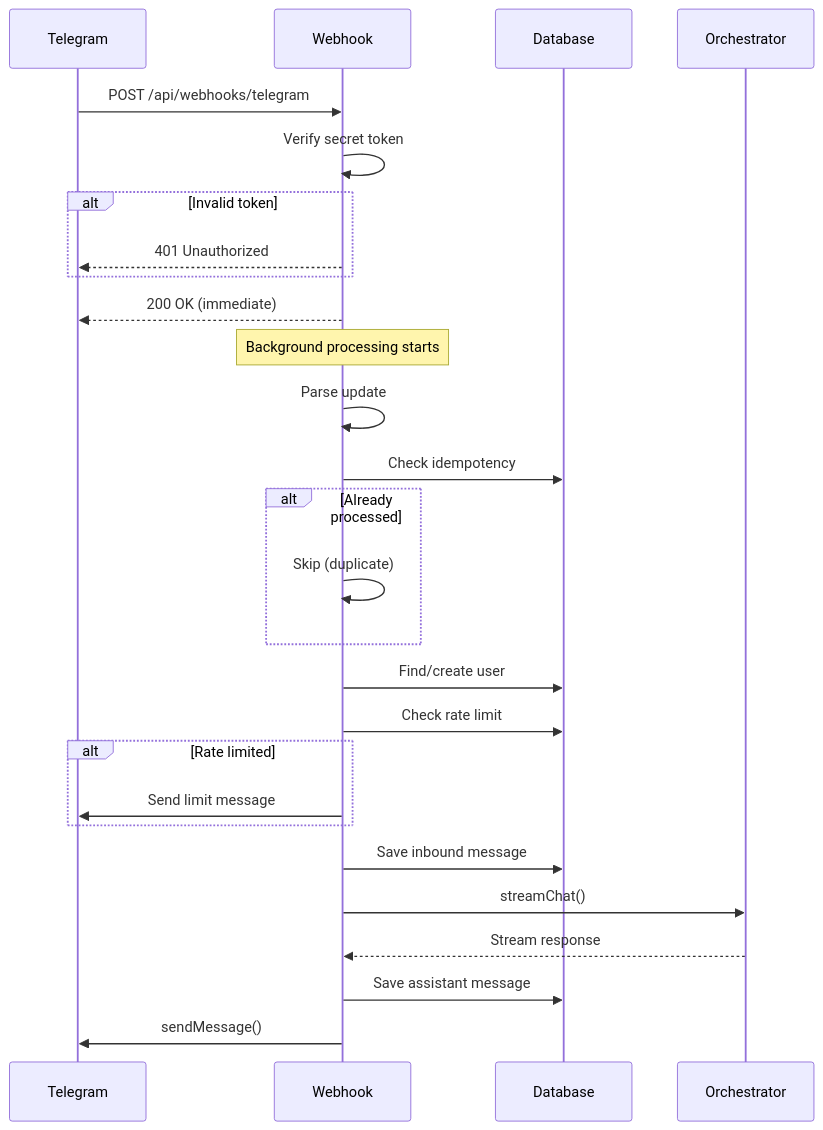
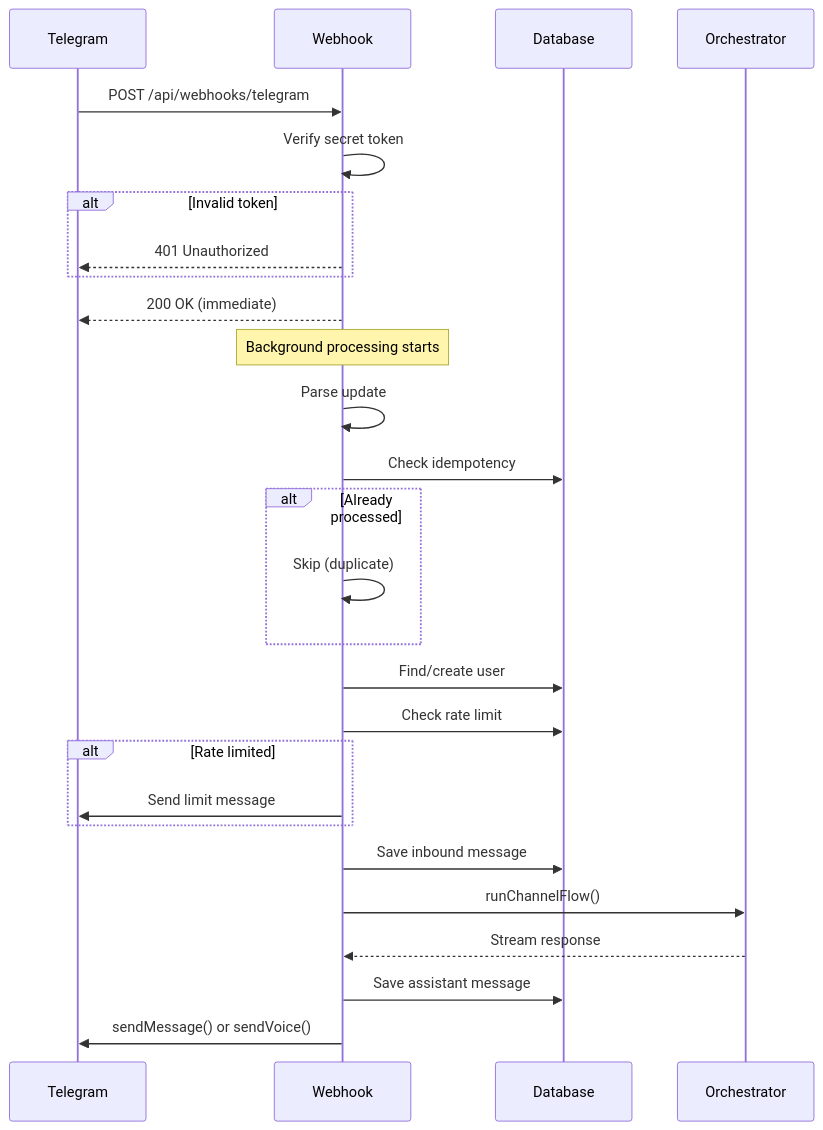
One commit to KovD3v/anthon-2.0 changed the second of 9 diagrams in docs/telegram-webhook.md. Above: the diagram before and after it, drawn with Mermaid. The commit also changed other lines of this file and 45 other files, not shown here.

````diff
--- a/docs/telegram-webhook.md
+++ b/docs/telegram-webhook.md
@@ -39,38 +39,38 @@
 ```mermaid
 sequenceDiagram
     participant TG as Telegram
     participant WH as Webhook
     participant DB as Database
     participant AI as Orchestrator
 
     TG->>WH: POST /api/webhooks/telegram
     WH->>WH: Verify secret token
 
     alt Invalid token
         WH-->>TG: 401 Unauthorized
     end
 
     WH-->>TG: 200 OK (immediate)
 
     Note over WH: Background processing starts
 
     WH->>WH: Parse update
     WH->>DB: Check idempotency
 
     alt Already processed
         WH->>WH: Skip (duplicate)
     end
 
     WH->>DB: Find/create user
     WH->>DB: Check rate limit
 
     alt Rate limited
         WH->>TG: Send limit message
     end
 
     WH->>DB: Save inbound message
-    WH->>AI: streamChat()
+    WH->>AI: runChannelFlow()
     AI-->>WH: Stream response
     WH->>DB: Save assistant message
-    WH->>TG: sendMessage()
+    WH->>TG: sendMessage() or sendVoice()
 ```
````
